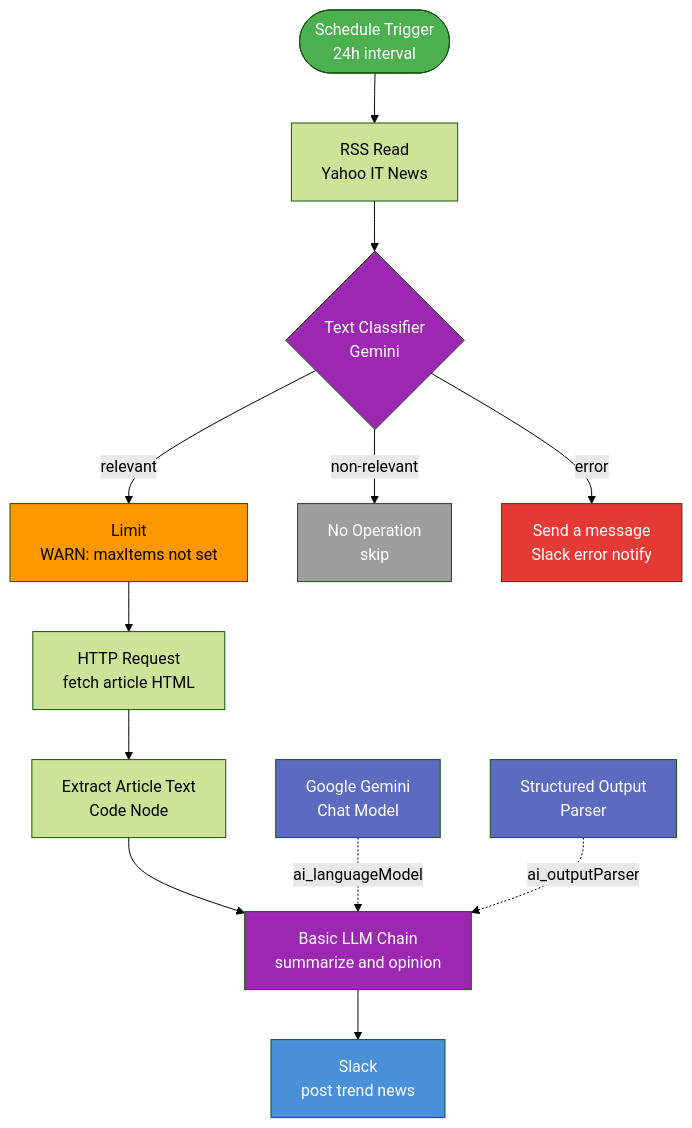
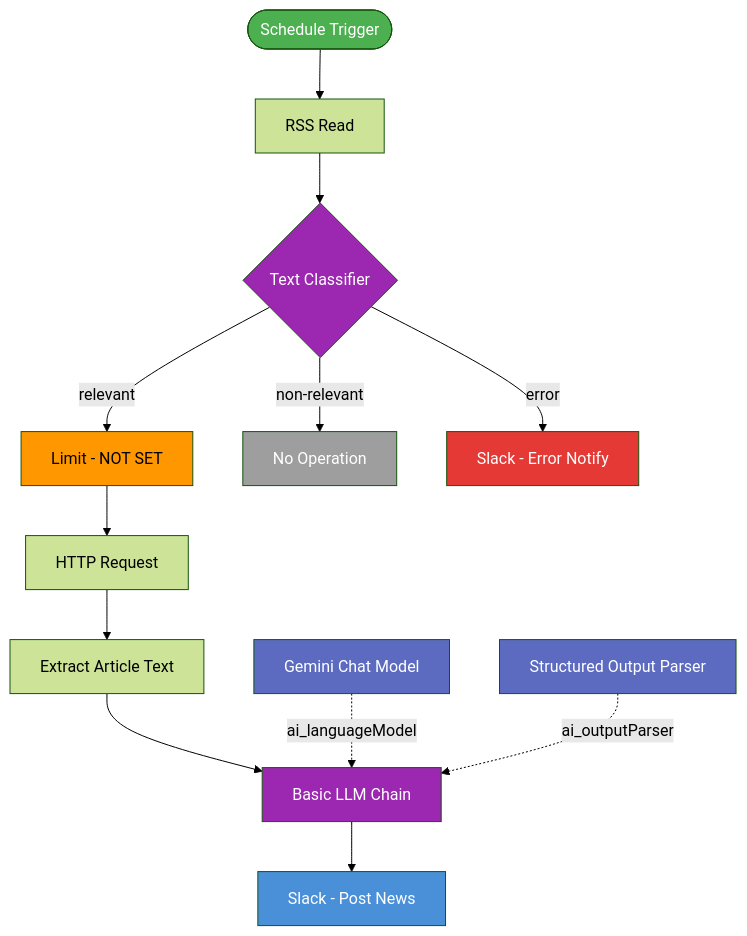
The diagram in 修正前/README.md (takumiwork-n8n/X_present_post_workflow), drawn with Mermaid (forest theme) before and after one commit. The commit also changed 1 other file, not shown here.

Commit message:
fix: remove newlines from mermaid node labels for GitHub rendering

````diff
--- a/修正前/README.md
+++ b/修正前/README.md
@@ -44,27 +44,23 @@
 ```mermaid
 flowchart TD
-    SCH([Schedule Trigger\n24h interval]) --> RSS[RSS Read\nYahoo IT News]
-    RSS --> CLS{Text Classifier\nGemini}
-
-    CLS -->|relevant| LIM[Limit\nWARN: maxItems not set]
-    CLS -->|non-relevant| NOP[No Operation\nskip]
-    CLS -->|error| ERR[Send a message\nSlack error notify]
-
-    LIM --> HTT[HTTP Request\nfetch article HTML]
-    HTT --> EXT[Extract Article Text\nCode Node]
-    EXT --> LLM[Basic LLM Chain\nsummarize and opinion]
-    LLM --> SLK[Slack\npost trend news]
-
-    GEM[Google Gemini\nChat Model] -.->|ai_languageModel| LLM
-    SOP[Structured Output\nParser] -.->|ai_outputParser| LLM
-
+    SCH([Schedule Trigger]) --> RSS[RSS Read]
+    RSS --> CLS{Text Classifier}
+    CLS -->|relevant| LIM[Limit - NOT SET]
+    CLS -->|non-relevant| NOP[No Operation]
+    CLS -->|error| ERR[Slack - Error Notify]
+    LIM --> HTT[HTTP Request]
+    HTT --> EXT[Extract Article Text]
+    EXT --> LLM[Basic LLM Chain]
+    LLM --> SLK[Slack - Post News]
+    GEM[Gemini Chat Model] -.->|ai_languageModel| LLM
+    SOP[Structured Output Parser] -.->|ai_outputParser| LLM
     style SCH fill:#4CAF50,color:#fff
     style SLK fill:#4A90D9,color:#fff
     style ERR fill:#E53935,color:#fff
     style NOP fill:#9E9E9E,color:#fff
     style LIM fill:#FF9800,color:#000
     style CLS fill:#9C27B0,color:#fff
     style LLM fill:#9C27B0,color:#fff
     style GEM fill:#5c6bc0,color:#fff
     style SOP fill:#5c6bc0,color:#fff
 ```
````
